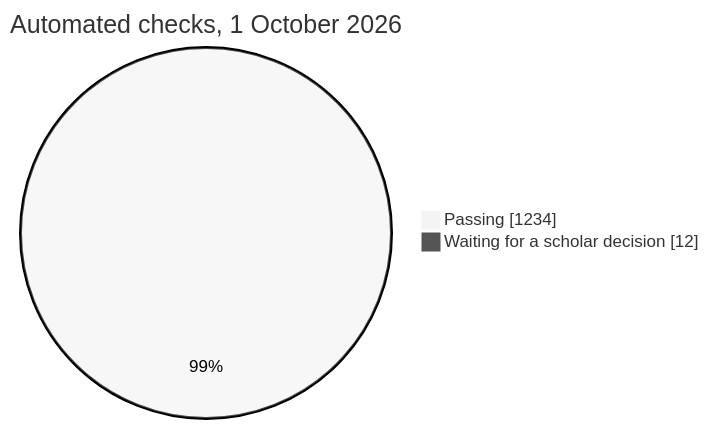
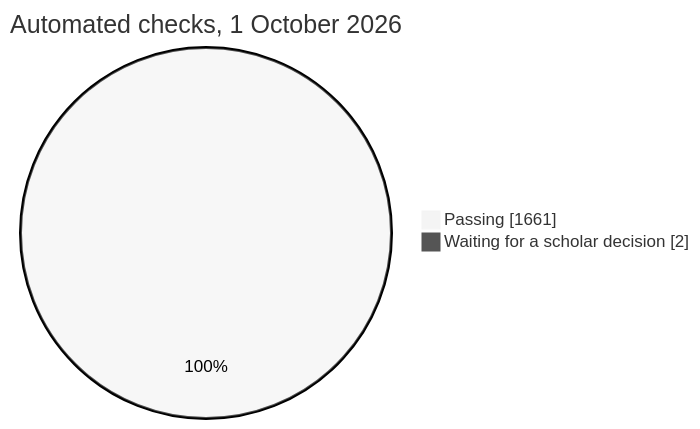
One commit to AhmedTElKodsh/Mushir-Sharia-Bot changed the first of 9 diagrams in .planning/sharia-compliance-chatbot/docs/client-guide.md. Above: the diagram before and after it, drawn with Mermaid (neutral theme). The commit also changed other lines of this file and 58 other files, not shown here.

````diff
--- a/.planning/sharia-compliance-chatbot/docs/client-guide.md
+++ b/.planning/sharia-compliance-chatbot/docs/client-guide.md
@@ -45,6 +45,6 @@
 ```mermaid
 pie showData
     title Automated checks, 1 October 2026
-    "Passing" : 1234
-    "Waiting for a scholar decision" : 12
+    "Passing" : 1661
+    "Waiting for a scholar decision" : 2
 ```
````
